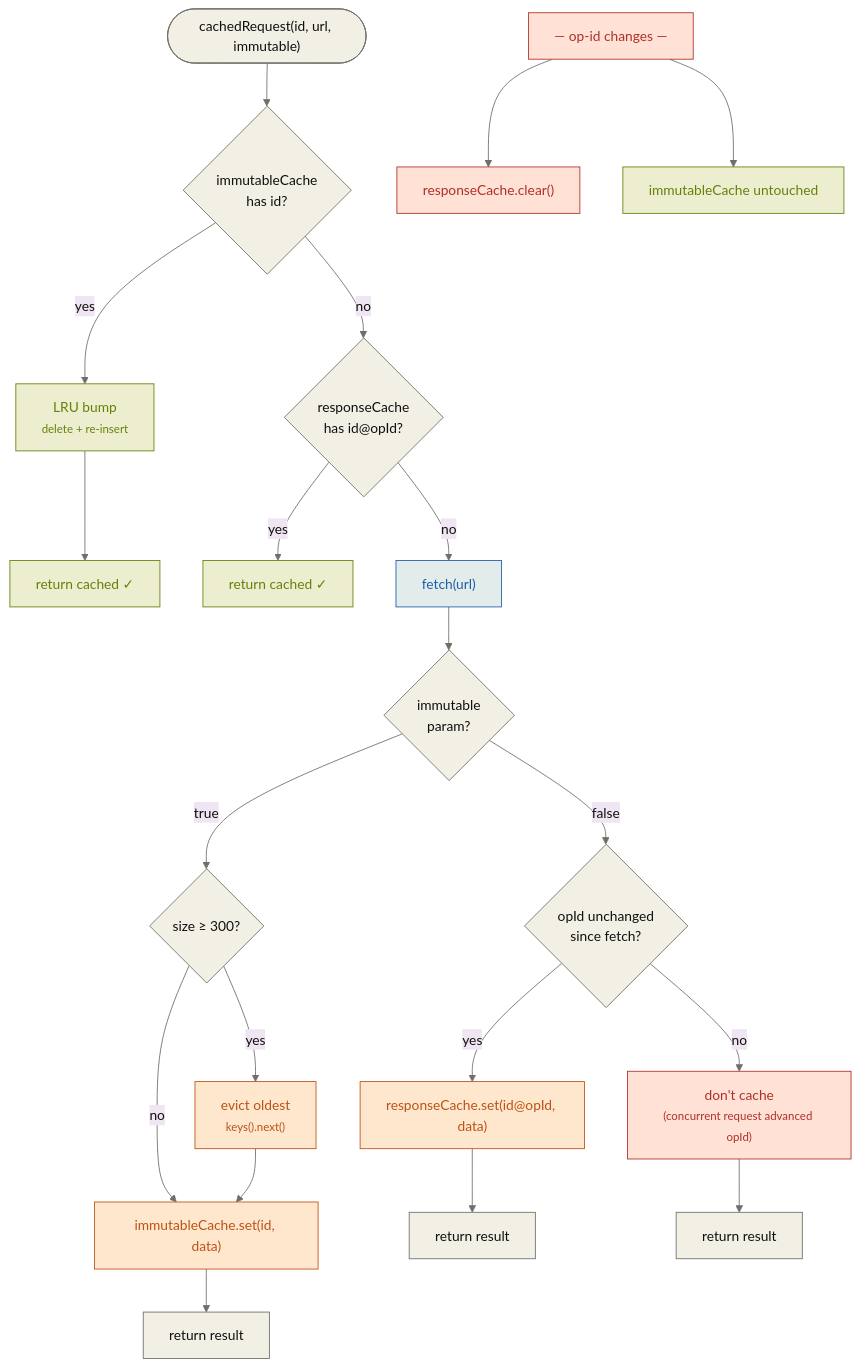
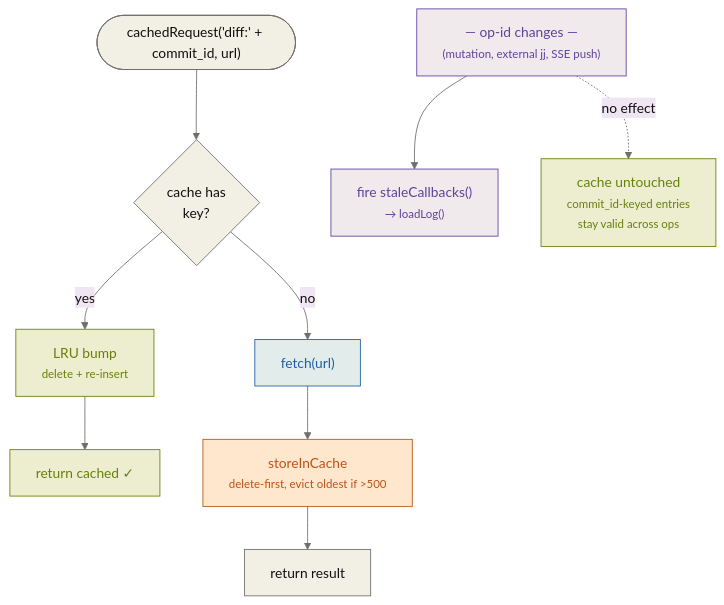
Before and after one commit to chronologos/lightjj: the fifth of 5 diagrams in docs/ARCHITECTURE.md, drawn with Mermaid. The commit also changed other lines of this file and 1 other file, not shown here.

````diff
--- a/docs/ARCHITECTURE.md
+++ b/docs/ARCHITECTURE.md
@@ -363,41 +364,27 @@
 ```mermaid
 %%{init: {'theme': 'base', 'themeVariables': {
   'primaryColor':'#F2F0E5',
   'primaryTextColor':'#100F0F',
   'primaryBorderColor':'#6F6E69',
   'lineColor':'#6F6E69',
   'textColor':'#100F0F'
 }}}%%
 flowchart TD
     classDef green fill:#EDEECF,stroke:#66800B,color:#66800B
     classDef orange fill:#FFE7CE,stroke:#BC5215,color:#BC5215
     classDef blue fill:#E1ECEB,stroke:#205EA6,color:#205EA6
-    classDef red fill:#FFE1D5,stroke:#AF3029,color:#AF3029
+    classDef purple fill:#F0EAEC,stroke:#5E409D,color:#5E409D
 
-    start(["cachedRequest(id, url, immutable)"])
-    start --> checkImm{immutableCache<br/>has id?}
-    checkImm -->|yes| bumpLRU["LRU bump<br/><small>delete + re-insert</small>"]:::green
-    bumpLRU --> hit1["return cached ✓"]:::green
+    start(["cachedRequest('diff:' + commit_id, url)"])
+    start --> check{cache has<br/>key?}
+    check -->|yes| bumpLRU["LRU bump<br/><small>delete + re-insert</small>"]:::green
+    bumpLRU --> hit["return cached ✓"]:::green
 
-    checkImm -->|no| checkMut{responseCache<br/>has id@opId?}
-    checkMut -->|yes| hit2["return cached ✓"]:::green
+    check -->|no| fetch["fetch(url)"]:::blue
+    fetch --> store["storeInCache<br/><small>delete-first, evict oldest if >500</small>"]:::orange
+    store --> ret[return result]
 
-    checkMut -->|no| fetch["fetch(url)"]:::blue
-    fetch --> isImm{immutable<br/>param?}
-
-    isImm -->|true| evict{size ≥ 300?}
-    evict -->|yes| drop["evict oldest<br/><small>keys().next()</small>"]:::orange
-    evict -->|no| storeImm
-    drop --> storeImm["immutableCache.set(id, data)"]:::orange
-    storeImm --> ret1[return result]
-
-    isImm -->|false| checkOp{opId unchanged<br/>since fetch?}
-    checkOp -->|yes| storeMut["responseCache.set(id@opId, data)"]:::orange
-    checkOp -->|no| stale["don't cache<br/><small>(concurrent request advanced opId)</small>"]:::red
-    storeMut --> ret2[return result]
-    stale --> ret3[return result]
-
-    opchange["— op-id changes —"]:::red
-    opchange --> clearMut["responseCache.clear()"]:::red
-    opchange --> keepImm["immutableCache untouched"]:::green
+    opchange["— op-id changes —<br/><small>(mutation, external jj, SSE push)</small>"]:::purple
+    opchange --> fire["fire staleCallbacks()<br/><small>→ loadLog()</small>"]:::purple
+    opchange -.->|"no effect"| keep["cache untouched<br/><small>commit_id-keyed entries<br/>stay valid across ops</small>"]:::green
 ```
````
